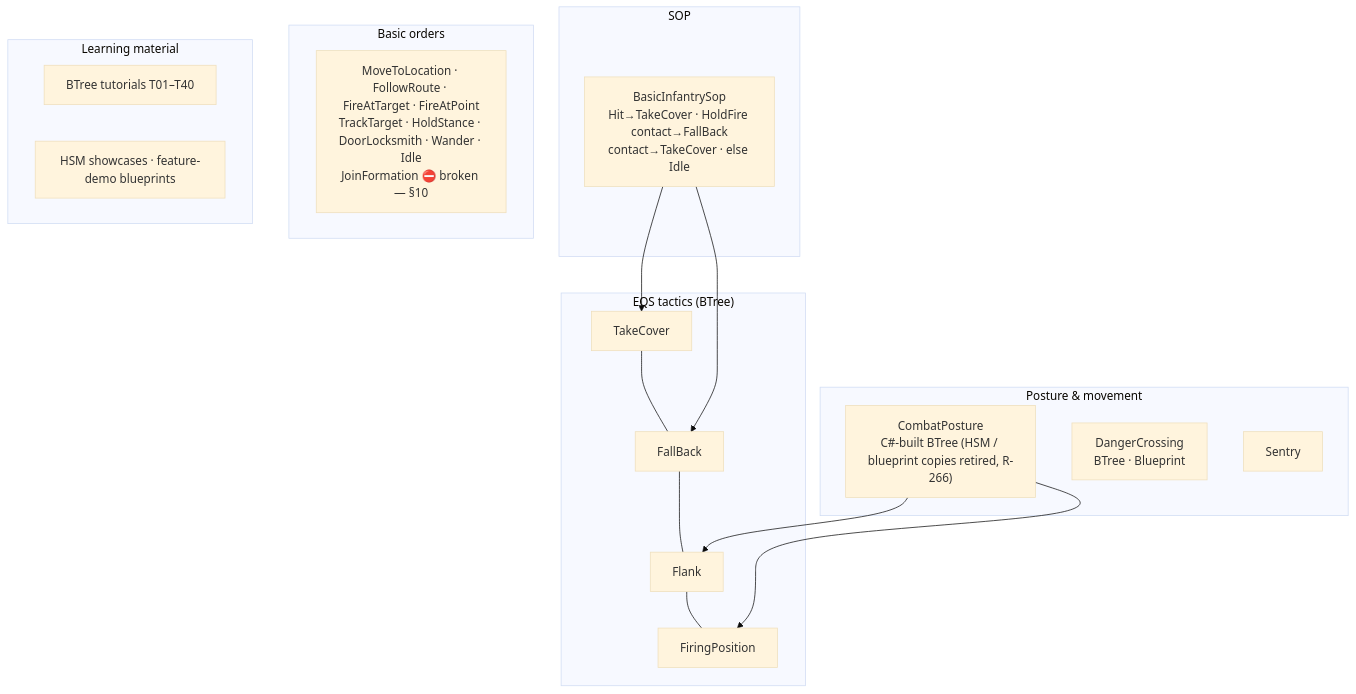
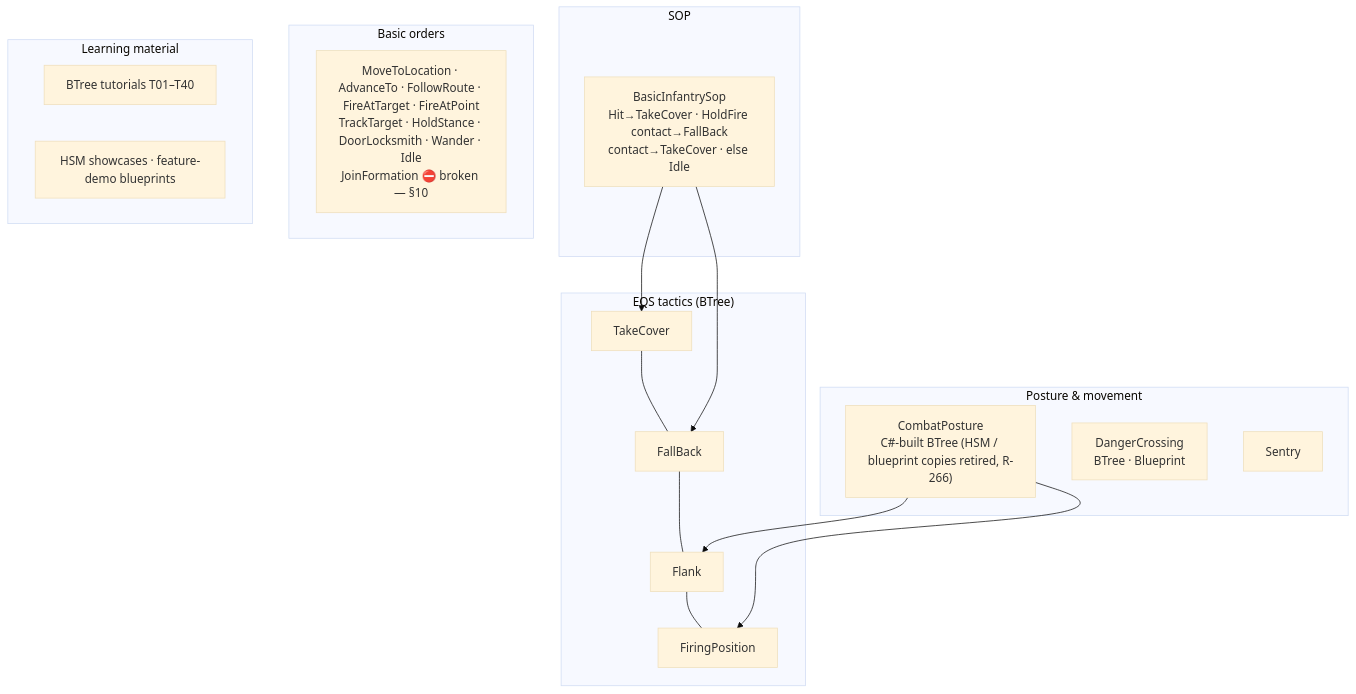
The sixth of 10 diagrams in docs/OVERVIEW_Behaviour_Building_Blocks.md (pjanec/HROT), drawn with Mermaid (base theme) before and after one commit. The commit also changed other lines of this file and 3 other files, not shown here.

First line of the commit message:
WIP CE-2123 S1: AdvanceTo folded into the design (§3.2/§3.3/§3.6) and the map; registrar rails name the two new behaviours; live rail drops its probes, hold check is horizontal

````diff
--- a/docs/OVERVIEW_Behaviour_Building_Blocks.md
+++ b/docs/OVERVIEW_Behaviour_Building_Blocks.md
@@ -199,25 +199,25 @@
 ```mermaid
 graph TD
   subgraph TAC["EQS tactics (BTree)"]
     a1["TakeCover"] --- a2["FallBack"] --- a3["Flank"] --- a4["FiringPosition"]
   end
   subgraph POS["Posture & movement"]
     b1["CombatPosture<br/>C#-built BTree (HSM / blueprint copies retired, R-266)"]
     b2["DangerCrossing<br/>BTree · Blueprint"]
     b3["Sentry"]
   end
   subgraph SOPB["SOP"]
     c1["BasicInfantrySop<br/>Hit→TakeCover · HoldFire contact→FallBack<br/>contact→TakeCover · else Idle"]
   end
   subgraph BASIC["Basic orders"]
-    d1["MoveToLocation · FollowRoute · FireAtTarget · FireAtPoint<br/>TrackTarget · HoldStance · DoorLocksmith · Wander · Idle<br/>JoinFormation ⛔ broken — §10"]
+    d1["MoveToLocation · AdvanceTo · FollowRoute · FireAtTarget · FireAtPoint<br/>TrackTarget · HoldStance · DoorLocksmith · Wander · Idle<br/>JoinFormation ⛔ broken — §10"]
   end
   subgraph LEARN["Learning material"]
     e1["BTree tutorials T01–T40"]
     e2["HSM showcases · feature-demo blueprints"]
   end
   c1 --> a1
   c1 --> a2
   b1 --> a3
   b1 --> a4
 ```
````
